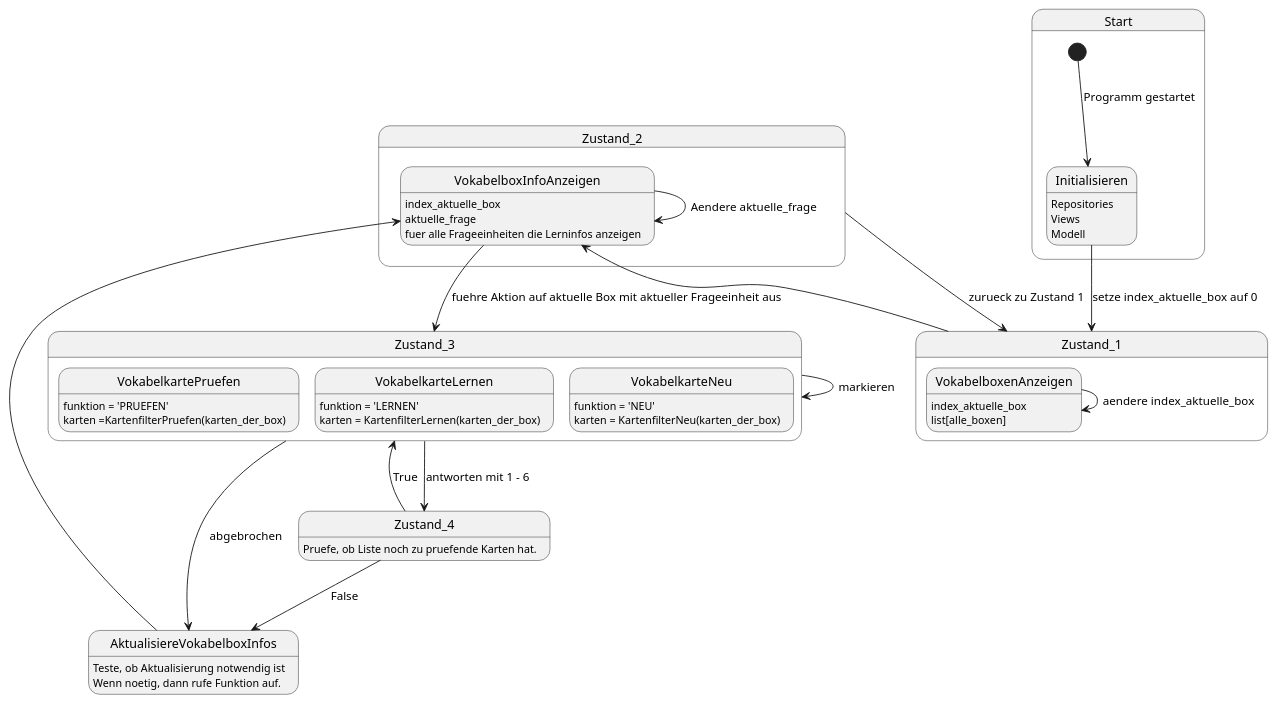
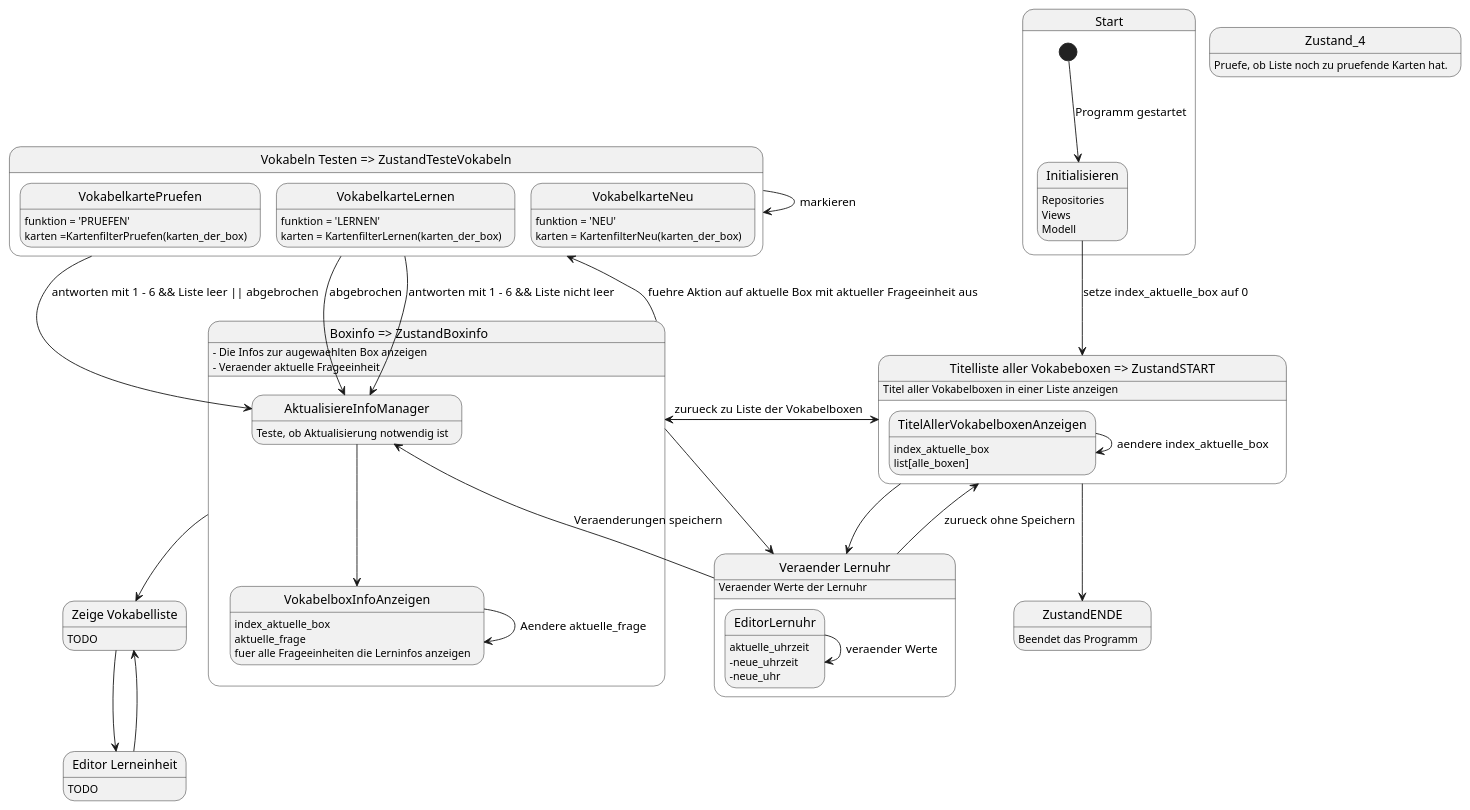
The diagram in documentation/ControllerZustaende.puml (doku2525/Brainblaster), drawn with PlantUML before and after one commit. The commit also changed 7 other files, not shown here.

Commit message:
Zustaende Pruefen, Lernen, Neue implementiert. Entsprechende Routen in Flask integriert.Werden alle korrekt in Flask verarbeitet und angezeigt. Problem mit den Updates der Frageeineheit im ZustandVokabelTesten geloest. Closes #54 Closes #51 Closes #49 Closes #48 Alle Tests OK!

```diff
--- a/documentation/ControllerZustaende.puml
+++ b/documentation/ControllerZustaende.puml
@@ -1,46 +1,72 @@
 @startuml
 state Start {
 [*] --> Initialisieren : Programm gestartet
     Initialisieren : Repositories
     Initialisieren : Views
     Initialisieren : Modell
 }
 
-Initialisieren --> Zustand_1 : setze index_aktuelle_box auf 0
-state Zustand_1 {
-    VokabelboxenAnzeigen : index_aktuelle_box
-    VokabelboxenAnzeigen : list[alle_boxen]
-    VokabelboxenAnzeigen --> VokabelboxenAnzeigen : aendere index_aktuelle_box
+Initialisieren --> ZustandSTART : setze index_aktuelle_box auf 0
+state "Titelliste aller Vokabeboxen => ZustandSTART" as ZustandSTART {
+    ZustandSTART: Titel aller Vokabelboxen in einer Liste anzeigen
+    TitelAllerVokabelboxenAnzeigen : index_aktuelle_box
+    TitelAllerVokabelboxenAnzeigen : list[alle_boxen]
+    TitelAllerVokabelboxenAnzeigen --> TitelAllerVokabelboxenAnzeigen : aendere index_aktuelle_box
 }
+ZustandSTART --> ZustandBoxinfo
+ZustandSTART --> ZustandVeraenderLernuhr
+ZustandSTART --> ZustandENDE
 
-Zustand_2 --> Zustand_1 : zurueck zu Zustand 1
-state Zustand_2 {
-    Zustand_1 --> VokabelboxInfoAnzeigen
+state ZustandENDE: Beendet das Programm
+
+state "Boxinfo => ZustandBoxinfo" as ZustandBoxinfo {
+    ZustandBoxinfo: - Die Infos zur augewaehlten Box anzeigen
+    ZustandBoxinfo: - Veraender aktuelle Frageeinheit
     VokabelboxInfoAnzeigen --> VokabelboxInfoAnzeigen : Aendere aktuelle_frage
     VokabelboxInfoAnzeigen : index_aktuelle_box
     VokabelboxInfoAnzeigen : aktuelle_frage
     VokabelboxInfoAnzeigen : fuer alle Frageeinheiten die Lerninfos anzeigen
+    AktualisiereInfoManager: Teste, ob Aktualisierung notwendig ist
+    AktualisiereInfoManager --> VokabelboxInfoAnzeigen
 }
-AktualisiereVokabelboxInfos --> VokabelboxInfoAnzeigen
-AktualisiereVokabelboxInfos: Teste, ob Aktualisierung notwendig ist
-AktualisiereVokabelboxInfos: Wenn noetig, dann rufe Funktion auf.
+ZustandBoxinfo --> ZustandSTART : zurueck zu Liste der Vokabelboxen
+ZustandBoxinfo --> ZustandTesteVokabeln : fuehre Aktion auf aktuelle Box mit aktueller Frageeinheit aus
+ZustandBoxinfo --> ZustandZeigeVokabelliste
+ZustandBoxinfo --> ZustandVeraenderLernuhr
 
-VokabelboxInfoAnzeigen --> Zustand_3 : fuehre Aktion auf aktuelle Box mit aktueller Frageeinheit aus
-Zustand_3 --> AktualisiereVokabelboxInfos : abgebrochen
-state Zustand_3 {
-    Zustand_3 --> Zustand_3 : markieren
+
+ZustandTesteVokabeln --> AktualisiereInfoManager : abgebrochen
+state "Vokabeln Testen => ZustandTesteVokabeln" as ZustandTesteVokabeln {
+    ZustandTesteVokabeln --> ZustandTesteVokabeln : markieren
     VokabelkartePruefen: funktion = 'PRUEFEN'
     VokabelkartePruefen: karten =KartenfilterPruefen(karten_der_box)
     VokabelkarteLernen: funktion = 'LERNEN'
     VokabelkarteLernen: karten = KartenfilterLernen(karten_der_box)
     VokabelkarteNeu: funktion = 'NEU'
     VokabelkarteNeu: karten = KartenfilterNeu(karten_der_box)
 }
 
-    Zustand_3 --> Zustand_4 : antworten mit 1 - 6
-    Zustand_4 --> Zustand_3 : True
-    Zustand_4 --> AktualisiereVokabelboxInfos : False
+    ZustandTesteVokabeln --> AktualisiereInfoManager : antworten mit 1 - 6 && Liste nicht leer
+    ZustandTesteVokabeln --> AktualisiereInfoManager : antworten mit 1 - 6 && Liste leer || abgebrochen
+
+ZustandZeigeVokabelliste : TODO
+state "Zeige Vokabelliste" as ZustandZeigeVokabelliste {
+}
+ZustandZeigeVokabelliste --> ZustandEditorLerneinheit
+
+ZustandEditorLerneinheit: TODO
+state "Editor Lerneinheit" as ZustandEditorLerneinheit {
+}
+ZustandEditorLerneinheit --> ZustandZeigeVokabelliste
 state Zustand_4: Pruefe, ob Liste noch zu pruefende Karten hat.
 
-
+ZustandVeraenderLernuhr: Veraender Werte der Lernuhr
+state "Veraender Lernuhr" as ZustandVeraenderLernuhr {
+    EditorLernuhr: aktuelle_uhrzeit
+    EditorLernuhr: -neue_uhrzeit
+    EditorLernuhr: -neue_uhr
+    EditorLernuhr --> EditorLernuhr: veraender Werte
+}
+ZustandVeraenderLernuhr --> ZustandSTART: zurueck ohne Speichern
+ZustandVeraenderLernuhr --> AktualisiereInfoManager: Veraenderungen speichern
 @enduml
```
